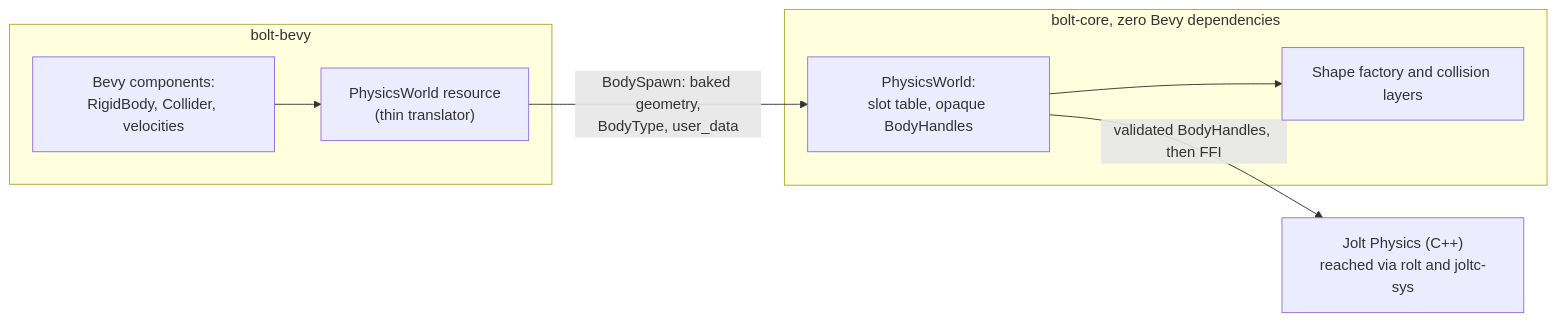
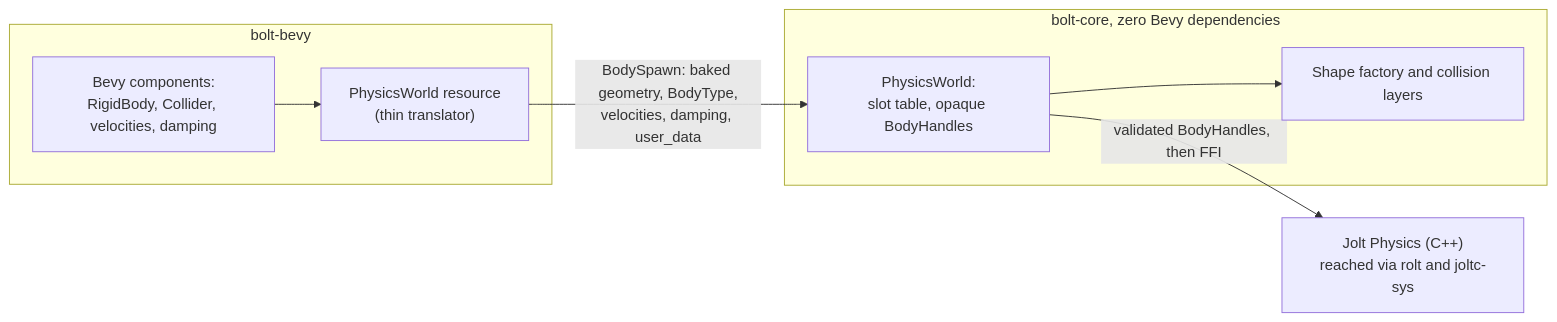
The diagram in README.md (ItsPouria/bolt), drawn with Mermaid before and after one commit. The commit also changed 1 other file, not shown here.

Commit message:
docs: damping lands — changelog entry, README boundary label (#8)
CHANGELOG's [Unreleased] "exposing or configuring damping is future
work" note is cashed in: an Added entry documents the LinearDamping/
AngularDamping components, the BodySpawn fields (units, decay law,
explicit 0.05 Default rationale, read-at-spawn lifecycle, upstream
JoltC limitation), and the spawn_body validation contract — including
the honest scoping that only damping and shape are validated today
(#7). A Changed section records the two deliberate breaking shapes:
the BodySpawnRequest parameter object replacing the wrapper's
positional spawn_body, and BodySpawn's two new fields.

README's architecture diagram gains damping on both hops: the bevy
component inventory and the wrap→world edge label, which previously
catalogued BodySpawn as "baked geometry, BodyType, user_data".

````diff
--- a/README.md
+++ b/README.md
@@ -13,19 +13,19 @@
 ```mermaid
 flowchart LR
     subgraph bevy ["bolt-bevy"]
-        comp["Bevy components:<br/>RigidBody, Collider, velocities"]
+        comp["Bevy components:<br/>RigidBody, Collider, velocities, damping"]
         wrap["PhysicsWorld resource<br/>(thin translator)"]
     end
 
     subgraph core ["bolt-core, zero Bevy dependencies"]
         world["PhysicsWorld:<br/>slot table, opaque BodyHandles"]
         shapes["Shape factory and collision layers"]
     end
 
     jolt["Jolt Physics (C++)<br/>reached via rolt and joltc-sys"]
 
     comp --> wrap
-    wrap -->|"BodySpawn: baked geometry,<br/>BodyType, user_data"| world
+    wrap -->|"BodySpawn: baked geometry, BodyType,<br/>velocities, damping, user_data"| world
     world --> shapes
     world -->|"validated BodyHandles, then FFI"| jolt
 ```
````
